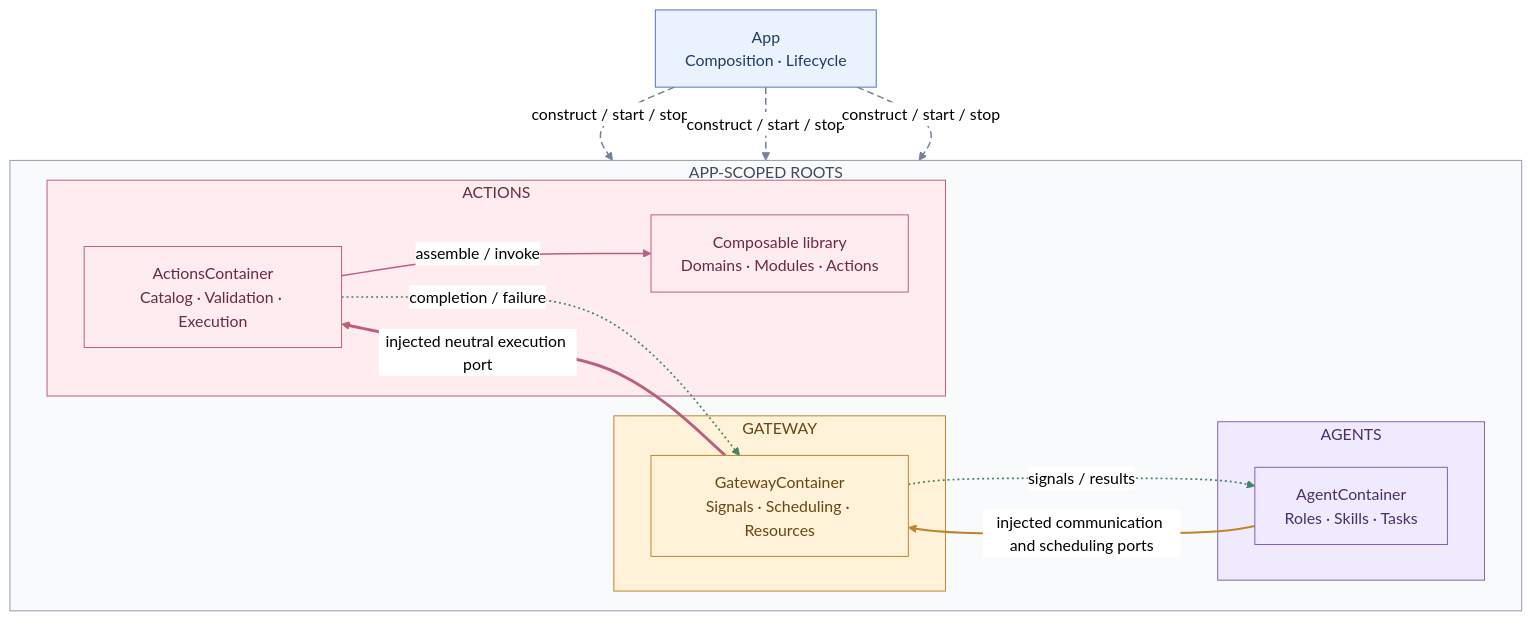
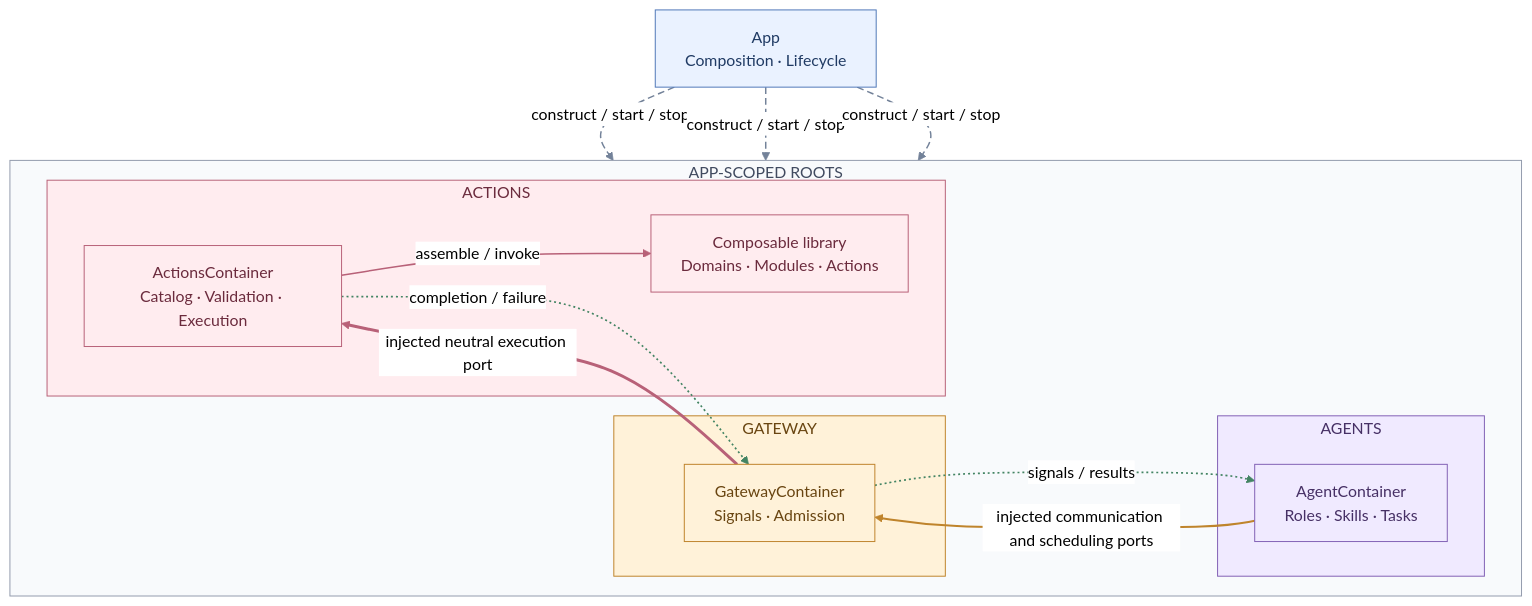
One commit to devilyouwei/MobileHarness changed the third of 27 diagrams in MobileHarness/README.md. Above: the diagram before and after it, drawn with Mermaid (neutral theme). The commit also changed other lines of this file and 246 other files, not shown here.

````diff
--- a/MobileHarness/README.md
+++ b/MobileHarness/README.md
@@ -237,45 +237,45 @@
 ```mermaid
 flowchart TB
     APP["App<br/>Composition · Lifecycle"]
 
     subgraph ROOTS["APP-SCOPED ROOTS"]
         direction LR
         subgraph COG["AGENTS"]
             A["AgentContainer<br/>Roles · Skills · Tasks"]
         end
         subgraph COORD["GATEWAY"]
-            G["GatewayContainer<br/>Signals · Scheduling · Resources"]
+            G["GatewayContainer<br/>Signals · Admission"]
         end
         subgraph EXEC["ACTIONS"]
             X["ActionsContainer<br/>Catalog · Validation · Execution"]
             LIB["Composable library<br/>Domains · Modules · Actions"]
             X -->|assemble / invoke| LIB
         end
     end
 
     APP -.->|construct / start / stop| A
     APP -.->|construct / start / stop| G
     APP -.->|construct / start / stop| X
     A -->|injected communication and scheduling ports| G
     G ==>|injected neutral execution port| X
     X -.->|completion / failure| G
     G -.->|signals / results| A
 
     classDef app fill:#eaf2ff,stroke:#5078b8,color:#203b64
     classDef agent fill:#f0eaff,stroke:#8261b5,color:#463065
     classDef gateway fill:#fff2d9,stroke:#bf842c,color:#694511
     classDef actions fill:#ffecef,stroke:#b86178,color:#6b2b3d
     class APP app
     class A agent
     class G gateway
     class X,LIB actions
     linkStyle 0 stroke:#b86178,stroke-width:1.5px
     linkStyle 1,2,3 stroke:#738299,stroke-width:1.5px,stroke-dasharray:7 4
     linkStyle 4 stroke:#bf842c,stroke-width:2px
     linkStyle 5 stroke:#b86178,stroke-width:3px
     linkStyle 6,7 stroke:#438463,stroke-width:1.7px,stroke-dasharray:2 3
     style ROOTS fill:#f8fafc,stroke:#939bad,color:#414b60
     style COG fill:#f0eaff,stroke:#8261b5,color:#463065
     style COORD fill:#fff2d9,stroke:#bf842c,color:#694511
     style EXEC fill:#ffecef,stroke:#b86178,color:#6b2b3d
 ```
````
